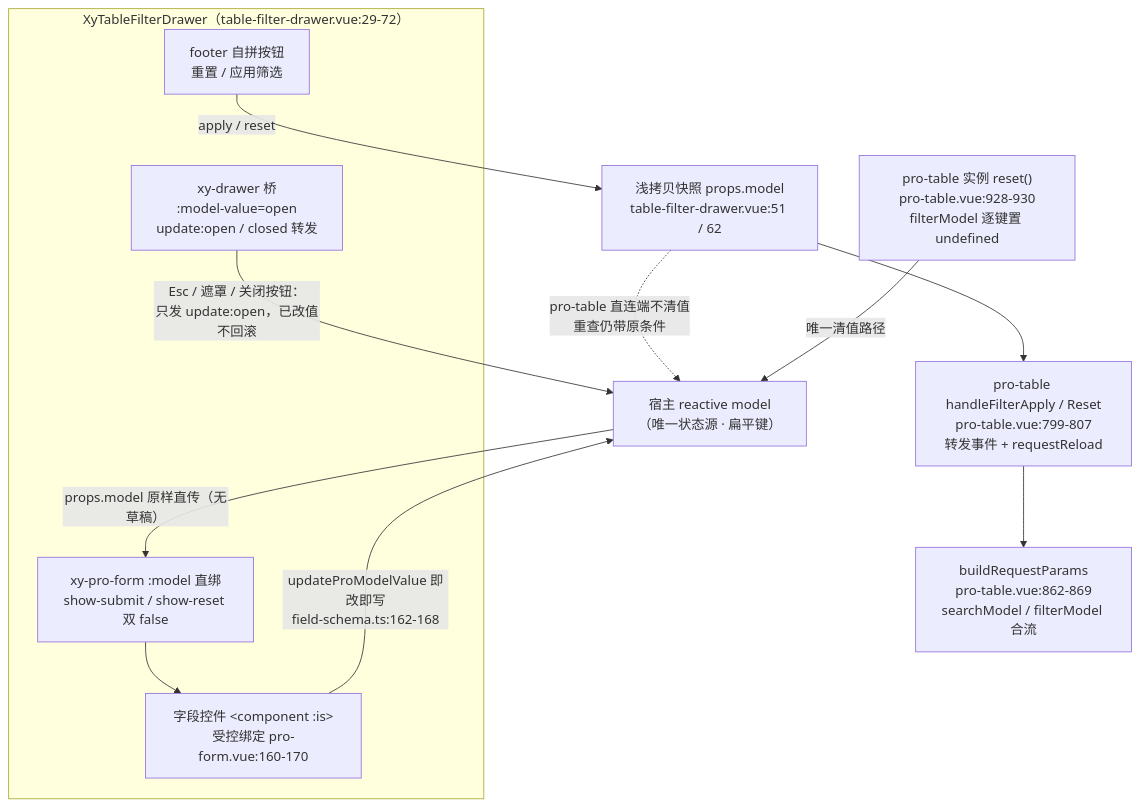
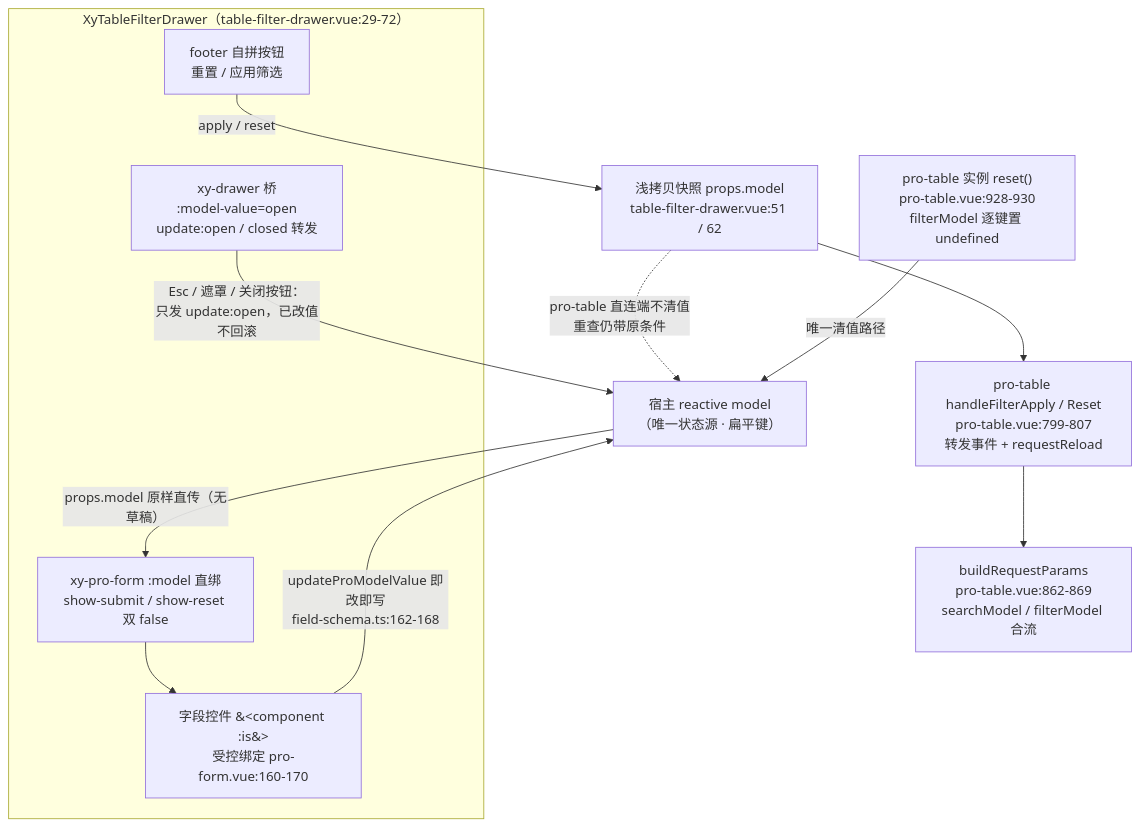
The second of 2 diagrams in docs/14-组件库专栏/9-增强层pro-components/9-28-TableFilterDrawer-筛选抽屉.md (zhangzhengyang27/tech-codex), drawn with Mermaid before and after one commit. The commit also changed 195 other files, not shown here.

````diff
--- a/docs/14-组件库专栏/9-增强层pro-components/9-28-TableFilterDrawer-筛选抽屉.md
+++ b/docs/14-组件库专栏/9-增强层pro-components/9-28-TableFilterDrawer-筛选抽屉.md
@@ -462,26 +462,26 @@
 ```mermaid
 flowchart TB
     HOST["宿主 reactive model<br/>（唯一状态源 · 扁平键）"]
 
     subgraph TFD["XyTableFilterDrawer（table-filter-drawer.vue:29-72）"]
         BR["xy-drawer 桥<br/>:model-value=open<br/>update:open / closed 转发"]
         PF["xy-pro-form :model 直绑<br/>show-submit / show-reset 双 false"]
-        CTL["字段控件 &lt;component :is&gt;<br/>受控绑定 pro-form.vue:160-170"]
+        CTL["字段控件 &#60;component :is&#62;<br/>受控绑定 pro-form.vue:160-170"]
         BTN["footer 自拼按钮<br/>重置 / 应用筛选"]
     end
 
     SNAP["浅拷贝快照 props.model<br/>table-filter-drawer.vue:51 / 62"]
     PT["pro-table handleFilterApply / Reset<br/>pro-table.vue:799-807<br/>转发事件 + requestReload"]
     BRP["buildRequestParams<br/>pro-table.vue:862-869<br/>searchModel / filterModel 合流"]
     CLR["pro-table 实例 reset()<br/>pro-table.vue:928-930<br/>filterModel 逐键置 undefined"]
 
     HOST -->|"props.model 原样直传（无草稿）"| PF
     PF --> CTL
     CTL -->|"updateProModelValue 即改即写<br/>field-schema.ts:162-168"| HOST
     BTN -->|"apply / reset"| SNAP
     SNAP --> PT
     PT --> BRP
     SNAP -.->|"pro-table 直连端不清值<br/>重查仍带原条件"| HOST
     CLR -->|"唯一清值路径"| HOST
     BR -->|"Esc / 遮罩 / 关闭按钮：<br/>只发 update:open，已改值不回滚"| HOST
 ```
````
